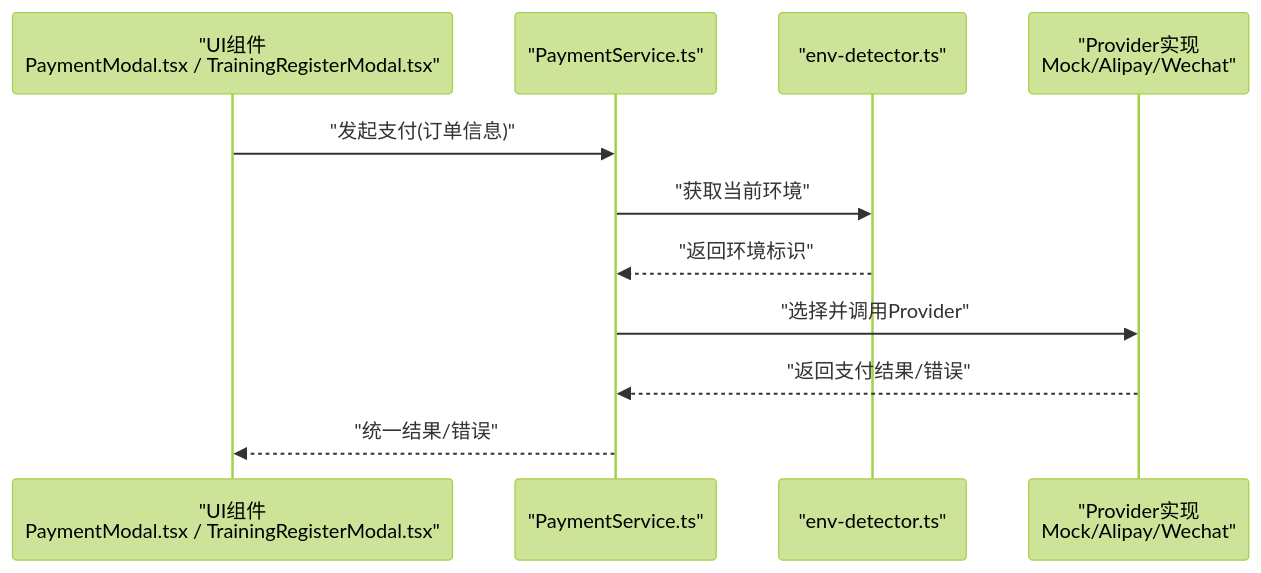
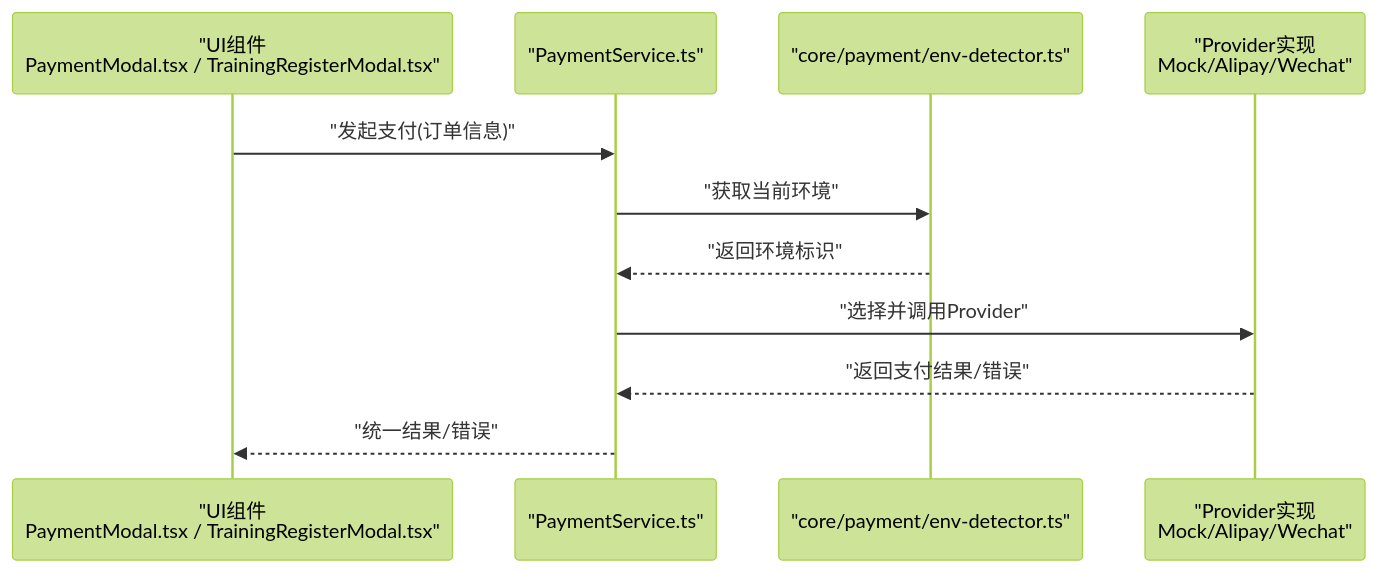
Before and after one commit to Hu-Right/supply-os: the second of 4 diagrams in .qoder/repowiki/zh/content/支付系统集成/模拟支付提供商.md, drawn with Mermaid (forest theme). The commit also changed other lines of this file and 39 other files, not shown here.

````diff
--- a/.qoder/repowiki/zh/content/支付系统集成/模拟支付提供商.md
+++ b/.qoder/repowiki/zh/content/支付系统集成/模拟支付提供商.md
@@ -106,13 +106,13 @@
 ```mermaid
 sequenceDiagram
 participant UI as "UI组件<br/>PaymentModal.tsx / TrainingRegisterModal.tsx"
 participant Svc as "PaymentService.ts"
-participant Env as "env-detector.ts"
+participant Env as "core/payment/env-detector.ts"
 participant Prov as "Provider实现<br/>Mock/Alipay/Wechat"
 UI->>Svc : "发起支付(订单信息)"
 Svc->>Env : "获取当前环境"
 Env-->>Svc : "返回环境标识"
 Svc->>Prov : "选择并调用Provider"
 Prov-->>Svc : "返回支付结果/错误"
 Svc-->>UI : "统一结果/错误"
 ```
````
